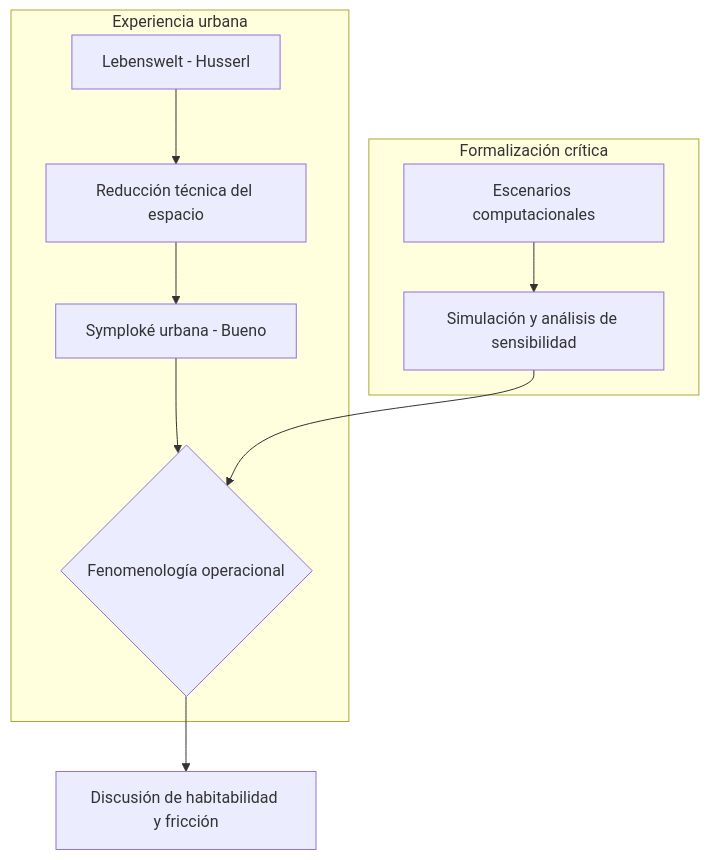
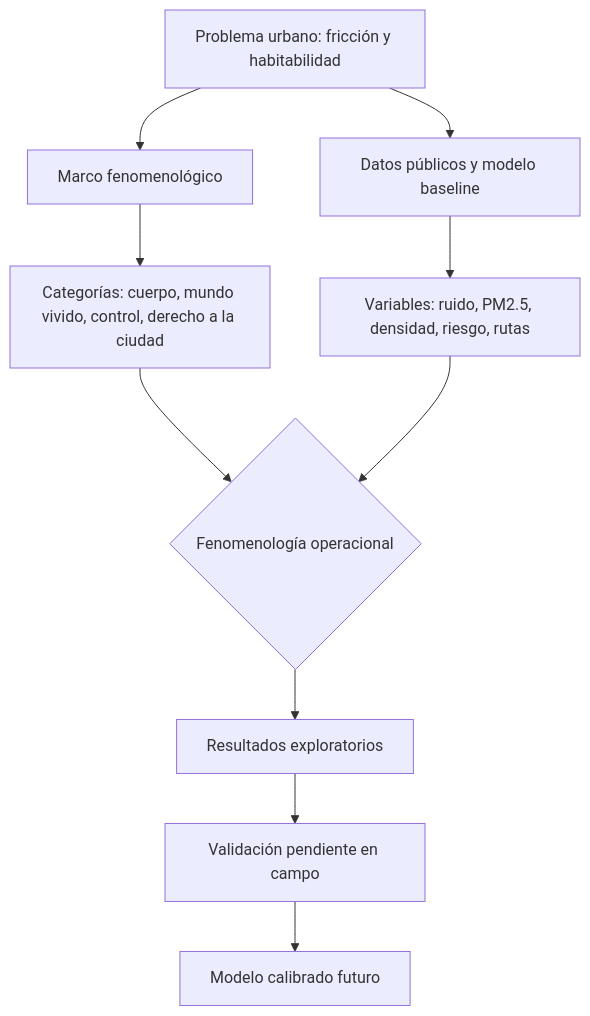
One commit to stevenvo780/FenomenologiaUrbana changed the diagram in tesis/01-introduccion-y-marco-teorico.md. Above: the diagram before and after it, drawn with Mermaid. The commit also changed other lines of this file and 7 other files, not shown here.

````diff
--- a/tesis/01-introduccion-y-marco-teorico.md
+++ b/tesis/01-introduccion-y-marco-teorico.md
@@ -25,13 +93,12 @@
 ```mermaid
 graph TD
-    subgraph Experiencia urbana
-        A[Lebenswelt - Husserl] --> B[Reducción técnica del espacio]
-        B --> C[Symploké urbana - Bueno]
-        C --> D{Fenomenología operacional}
-    end
-    subgraph Formalización crítica
-        E[Escenarios computacionales] --> F[Simulación y análisis de sensibilidad]
-        F --> D
-    end
-    D --> G[Discusión de habitabilidad y fricción]
+    A[Problema urbano: fricción y habitabilidad] --> B[Marco fenomenológico]
+    A --> C[Datos públicos y modelo baseline]
+    B --> D[Categorías: cuerpo, mundo vivido, control, derecho a la ciudad]
+    C --> E[Variables: ruido, PM2.5, densidad, riesgo, rutas]
+    D --> F{Fenomenología operacional}
+    E --> F
+    F --> G[Resultados exploratorios]
+    G --> H[Validación pendiente en campo]
+    H --> I[Modelo calibrado futuro]
 ```
````
